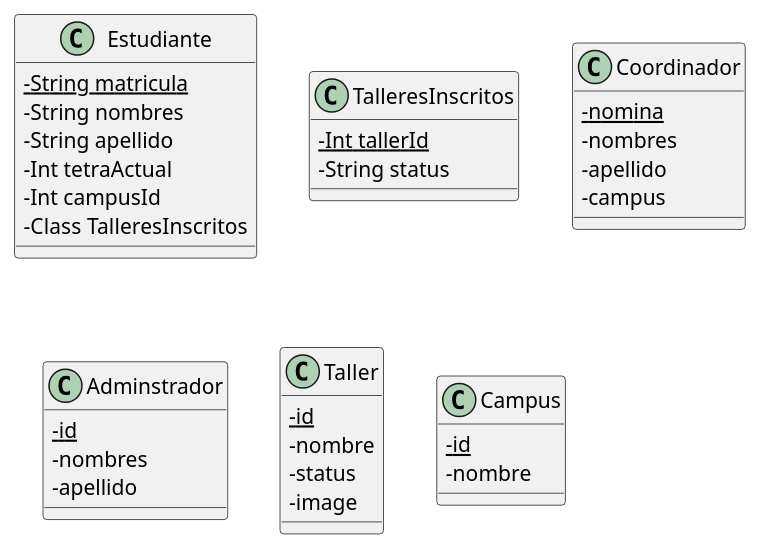
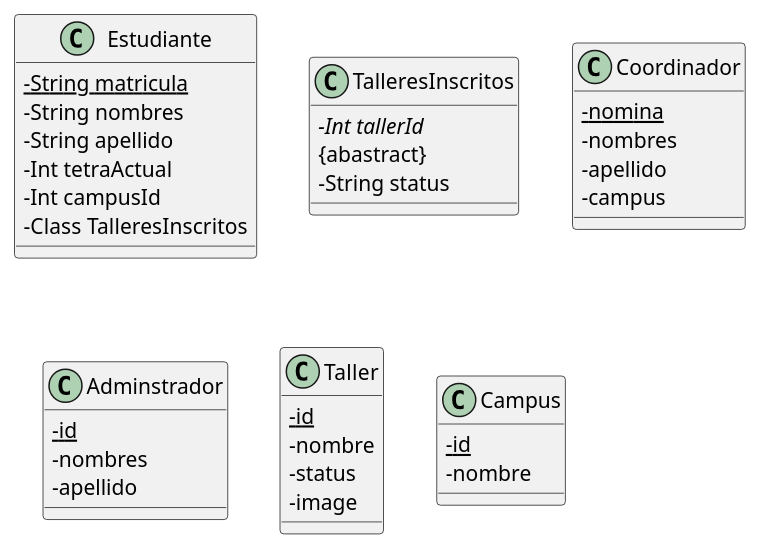
The diagram in Reto/Base de datos.md (facund015/codeRelatedObsidianNotes), drawn with PlantUML before and after one commit.

Commit message:
vault backup: 2021-10-12 12:17:04

````diff
--- a/Reto/Base de datos.md
+++ b/Reto/Base de datos.md
@@ -2,44 +2,45 @@
 ```plantuml
 @startuml
 skinparam classAttributeIconSize 0
 class Estudiante {
 	{static} - String matricula
 	-String nombres
 	-String apellido
 	-Int tetraActual
 	-Int campusId
 	-Class TalleresInscritos
 }
 
 class TalleresInscritos {
-	{static} -Int tallerId
+	{abstract} -Int tallerId
+	{abastract}
 	-String status
 }
 
 class Coordinador {
 	{static} -nomina
 	-nombres
 	-apellido
 	-campus
 }
 
 class Adminstrador {
 	{static} -id
 	-nombres
 	-apellido
 }
 
 class Taller {
     {static} - id 
     - nombre
     - status
     - image
 }
 
 class Campus {
 	{static} -id
 	-nombre
 }
 
 @enduml
 ```
````
